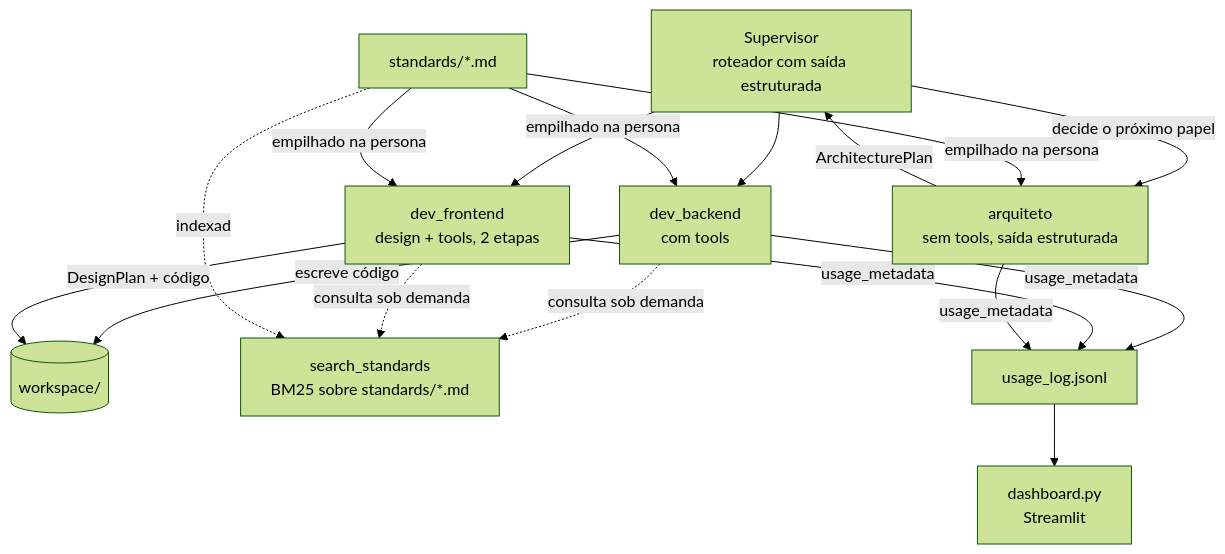
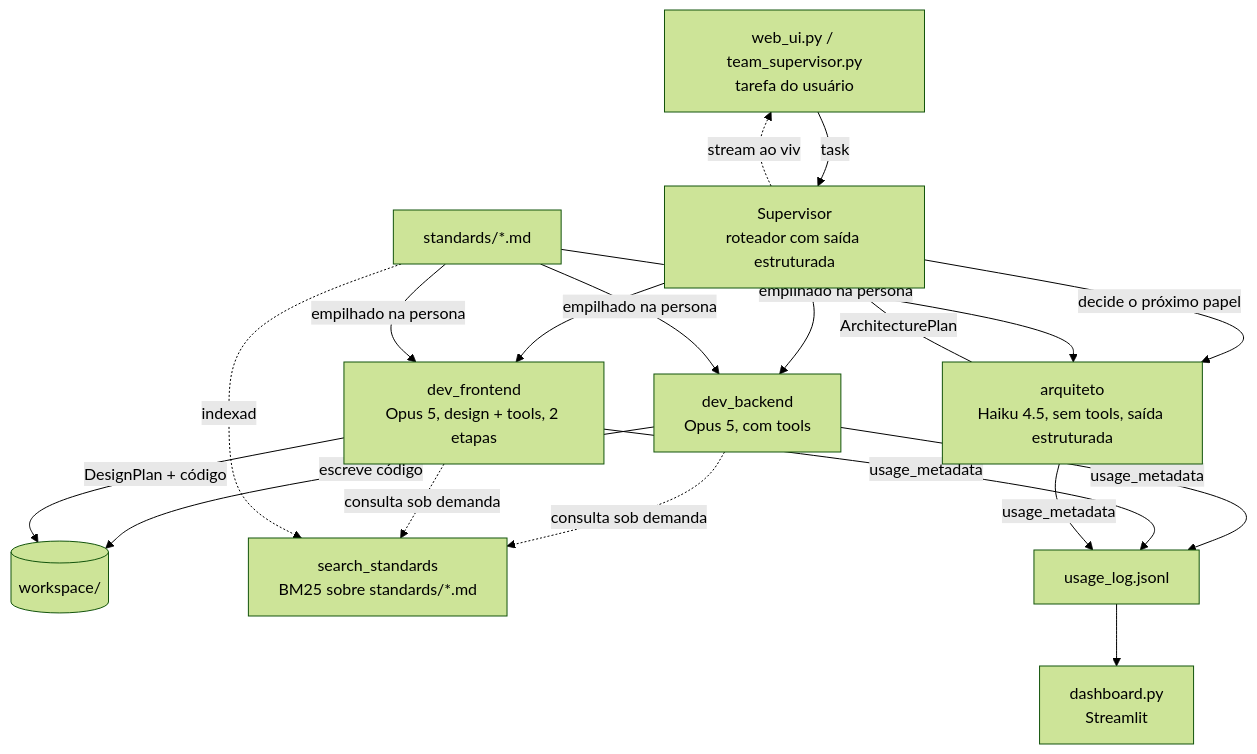
The diagram in ARCHITECTURE.md (VictorOliveiraPy/dev-agent), drawn with Mermaid (forest theme) before and after one commit. The commit also changed other lines of this file and 15 other files, not shown here.

````diff
--- a/ARCHITECTURE.md
+++ b/ARCHITECTURE.md
@@ -20,23 +26,25 @@
 ```mermaid
 graph TD
-    S[Supervisor<br/>roteador com saída estruturada] -->|decide o próximo papel| A[arquiteto<br/>sem tools, saída estruturada]
-    S --> B[dev_backend<br/>com tools]
-    S --> F[dev_frontend<br/>design + tools, 2 etapas]
+    UI[web_ui.py / team_supervisor.py<br/>tarefa do usuário] -->|task| S
+    S[Supervisor<br/>roteador com saída estruturada] -.stream ao vivo.-> UI
+    S -->|decide o próximo papel| A[arquiteto<br/>Haiku 4.5, sem tools, saída estruturada]
+    S --> B[dev_backend<br/>Opus 5, com tools]
+    S --> F[dev_frontend<br/>Opus 5, design + tools, 2 etapas]
 
     A -->|ArchitecturePlan| S
     B -->|escreve código| WS[(workspace/)]
     F -->|DesignPlan + código| WS
 
     B -.consulta sob demanda.-> KB[search_standards<br/>BM25 sobre standards/*.md]
     F -.consulta sob demanda.-> KB
 
     STD[standards/*.md] -->|empilhado na persona| A
     STD -->|empilhado na persona| B
     STD -->|empilhado na persona| F
     STD -.indexado.-> KB
 
     B -->|usage_metadata| U[usage_log.jsonl]
     F -->|usage_metadata| U
     A -->|usage_metadata| U
     U --> D[dashboard.py<br/>Streamlit]
 ```
````
